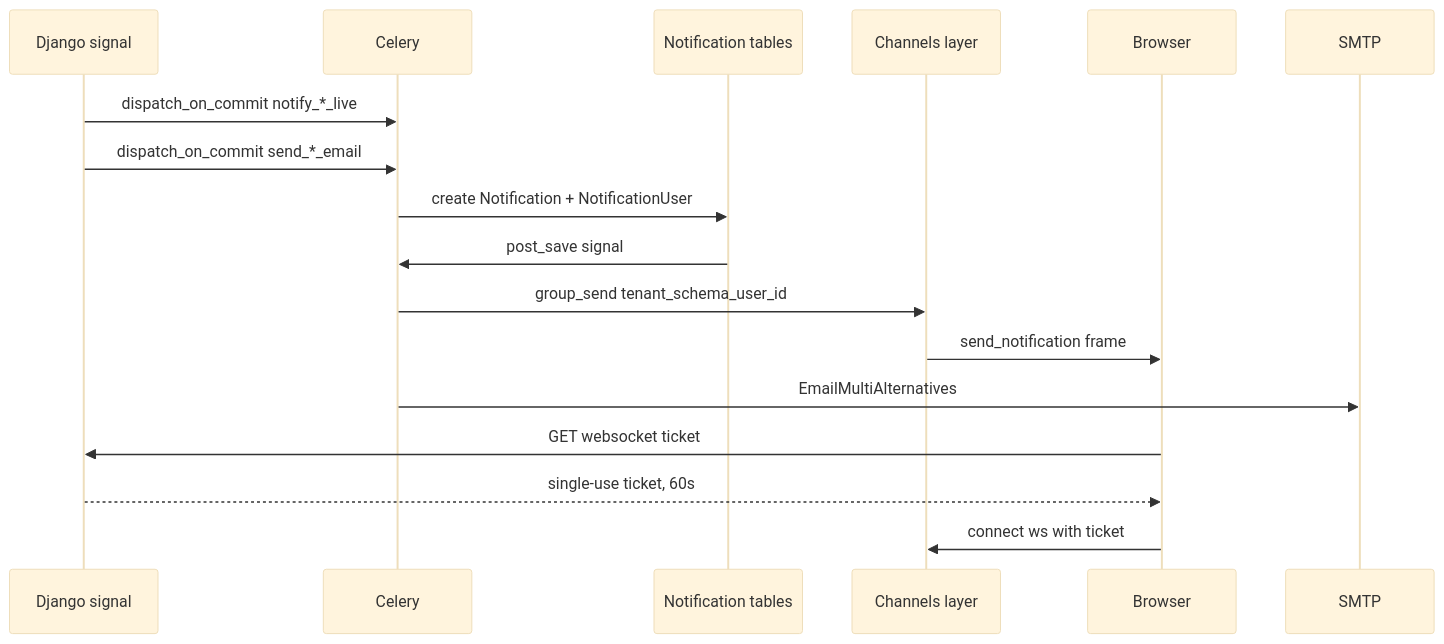
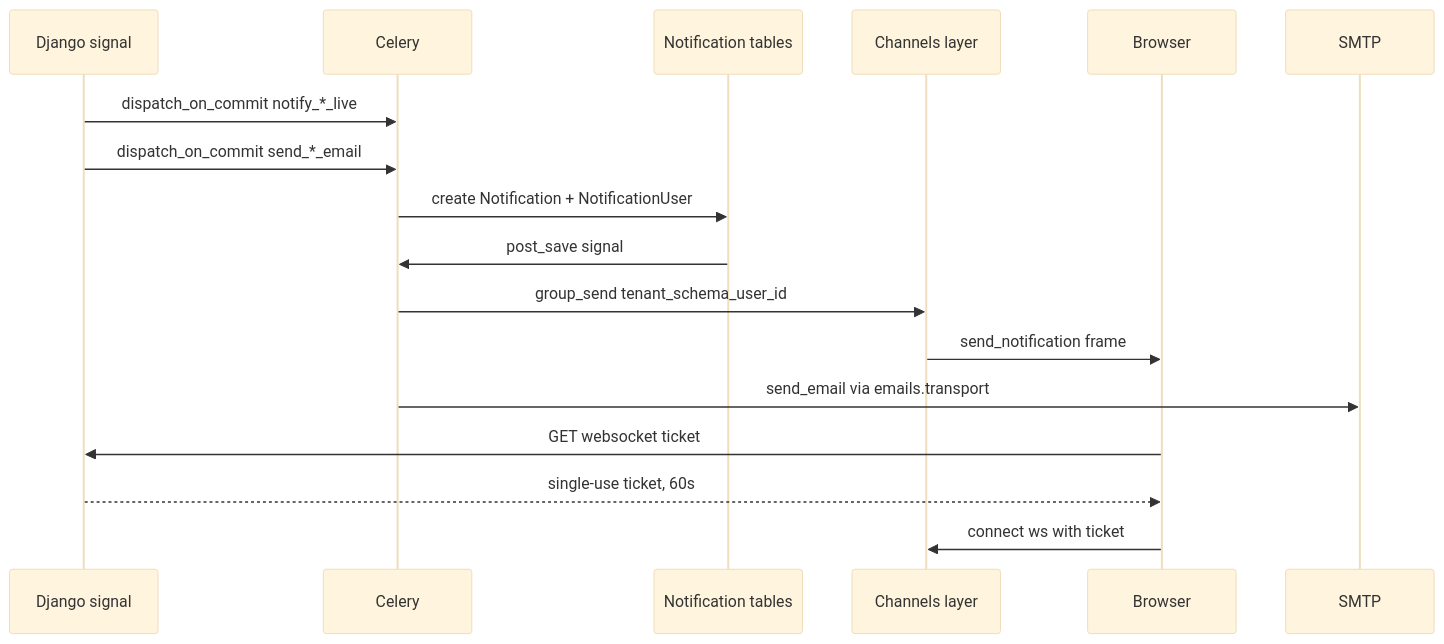
Before and after one commit to vasilistotskas/grooveshop-docs: the diagram in src/dev/flows/notifications-and-email.md, drawn with Mermaid (base theme). The commit also changed other lines of this file and 7 other files, not shown here.

First line of the commit message:
docs(emails): the platform's own mail is on the email pipeline, and the preview is rebuilt (#94)

````diff
--- a/src/dev/flows/notifications-and-email.md
+++ b/src/dev/flows/notifications-and-email.md
@@ -26,20 +26,20 @@
 ```mermaid
 sequenceDiagram
   participant D as Django signal
   participant Q as Celery
   participant DB as Notification tables
   participant CL as Channels layer
   participant B as Browser
   participant M as SMTP
 
   D->>Q: dispatch_on_commit notify_*_live
   D->>Q: dispatch_on_commit send_*_email
   Q->>DB: create Notification + NotificationUser
   DB->>Q: post_save signal
   Q->>CL: group_send tenant_schema_user_id
   CL->>B: send_notification frame
-  Q->>M: EmailMultiAlternatives
+  Q->>M: send_email via emails.transport
   B->>D: GET websocket ticket
   D-->>B: single-use ticket, 60s
   B->>CL: connect ws with ticket
 ```
````
